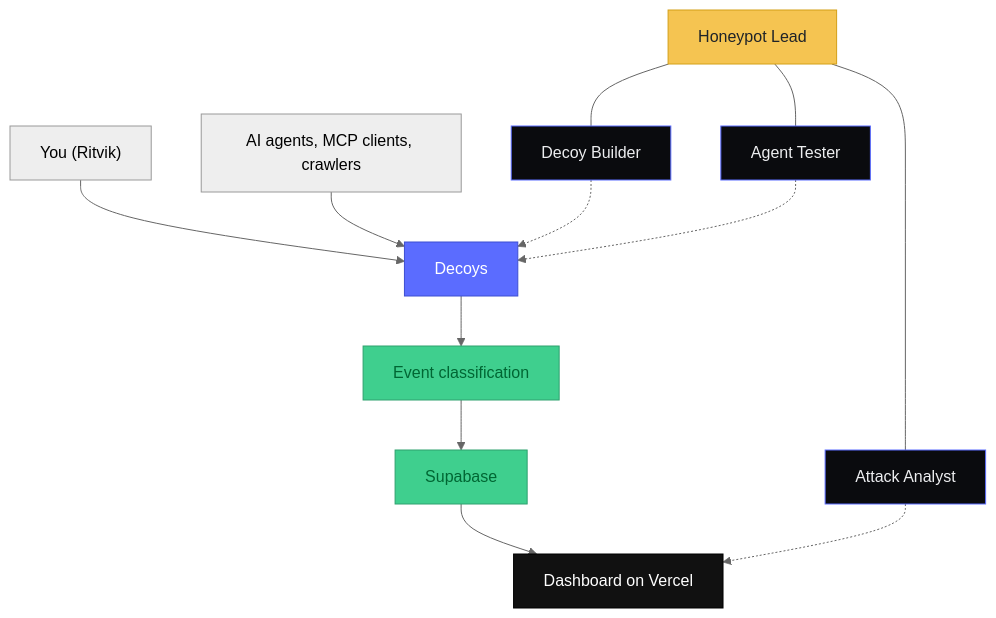
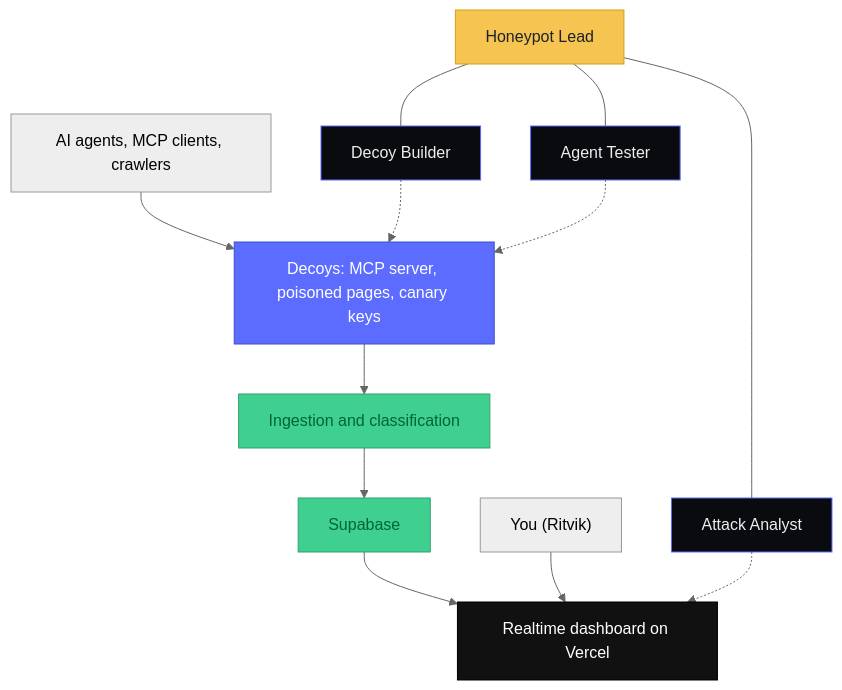
The diagram in README.md (ritvikindupuri/AgentPot), drawn with Mermaid (neutral theme) before and after one commit. The commit also changed other lines of this file and 19 other files, not shown here.

````diff
--- a/README.md
+++ b/README.md
@@ -54,26 +53,26 @@
 ```mermaid
 flowchart TD
-  You["You (Ritvik)"] --> D["Decoys"]
-  A["AI agents, MCP clients, crawlers"] --> D
-  D --> C["Event classification"]
+  A["AI agents, MCP clients, crawlers"] --> D["Decoys: MCP server, poisoned pages, canary keys"]
+  D --> C["Ingestion and classification"]
   C --> S["Supabase"]
-  S --> V["Dashboard on Vercel"]
+  S --> V["Realtime dashboard on Vercel"]
+  You["You (Ritvik)"] --> V
 
   L["Honeypot Lead"] --- B["Decoy Builder"]
   L --- N["Attack Analyst"]
   L --- X["Agent Tester"]
   B -.-> D
   N -.-> V
   X -.-> D
 
   classDef lead fill:#F5C451,color:#1F2328,stroke:#D4A017
   classDef decoy fill:#5B6CFF,color:#fff,stroke:#3D4ED1
   classDef store fill:#3FCF8E,color:#063,stroke:#2EA16F
   classDef ui fill:#111,color:#fff,stroke:#000
   classDef spec fill:#0A0B0E,color:#EDEEF0,stroke:#5B6CFF
   class L lead
   class D decoy
   class C,S store
   class V ui
   class B,N,X spec
 ```
````
